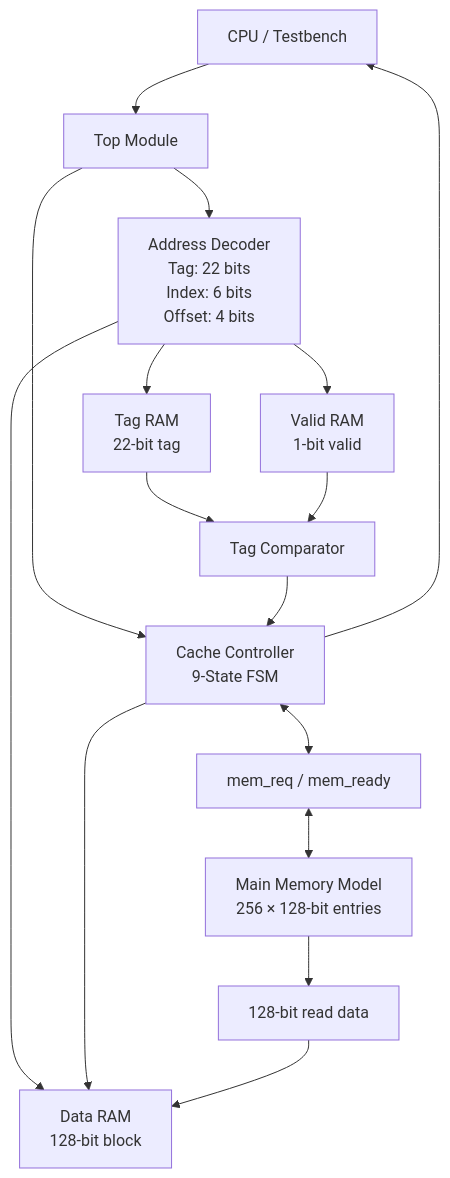
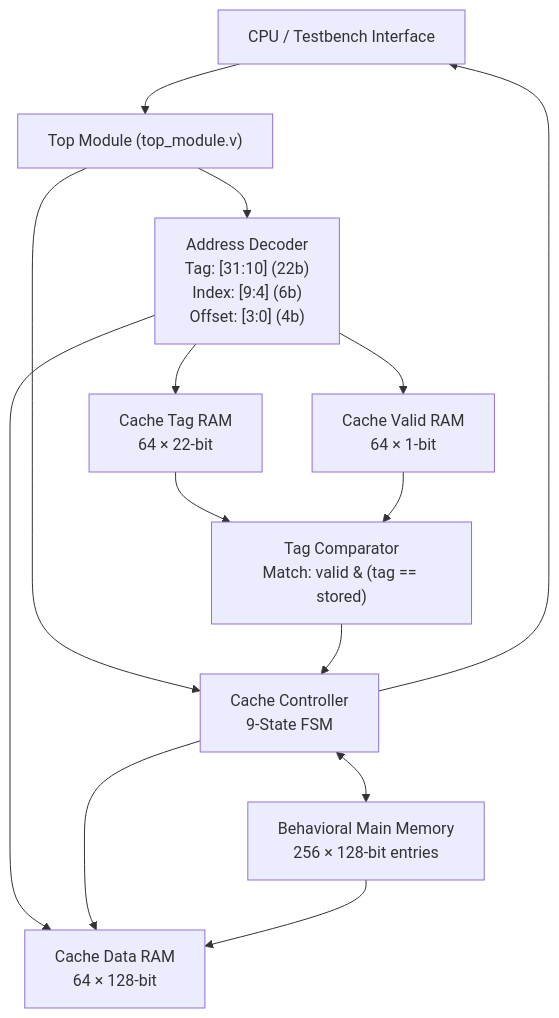
Before and after one commit to KavyaSaraswat23/Direct_Mapped_Cache_Controller: the diagram in README.md, drawn with Mermaid. The commit also changed other lines of this file, not shown here.

````diff
--- a/README.md
+++ b/README.md
@@ -59,30 +71,26 @@
 ```mermaid
 graph TD
-    CPU["CPU / Testbench"]
-    Top["Top Module"]
-    AD["Address Decoder<br/>Tag: 22 bits<br/>Index: 6 bits<br/>Offset: 4 bits"]
-    TagRAM["Tag RAM<br/>22-bit tag"]
-    ValidRAM["Valid RAM<br/>1-bit valid"]
-    TC["Tag Comparator"]
+    CPU["CPU / Testbench Interface"]
+    Top["Top Module (top_module.v)"]
+    AD["Address Decoder<br/>Tag: [31:10] (22b)<br/>Index: [9:4] (6b)<br/>Offset: [3:0] (4b)"]
+    TagRAM["Cache Tag RAM<br/>64 × 22-bit"]
+    ValidRAM["Cache Valid RAM<br/>64 × 1-bit"]
+    DataRAM["Cache Data RAM<br/>64 × 128-bit"]
+    TC["Tag Comparator<br/>Match: valid & (tag == stored)"]
     CC["Cache Controller<br/>9-State FSM"]
-    MemReq["mem_req / mem_ready"]
-    Mem["Main Memory Model<br/>256 × 128-bit entries"]
-    ReadData["128-bit read data"]
-    DataRAM["Data RAM<br/>128-bit block"]
+    Mem["Behavioral Main Memory<br/>256 × 128-bit entries"]
 
     CPU --> Top
     Top --> AD
     Top --> CC
     AD --> TagRAM
     AD --> ValidRAM
     AD --> DataRAM
     TagRAM --> TC
     ValidRAM --> TC
     TC --> CC
     CC --> CPU
     CC --> DataRAM
-    CC <--> MemReq
-    MemReq <--> Mem
-    Mem --> ReadData
-    ReadData --> DataRAM
+    CC <--> Mem
+    Mem --> DataRAM
 ```
````
